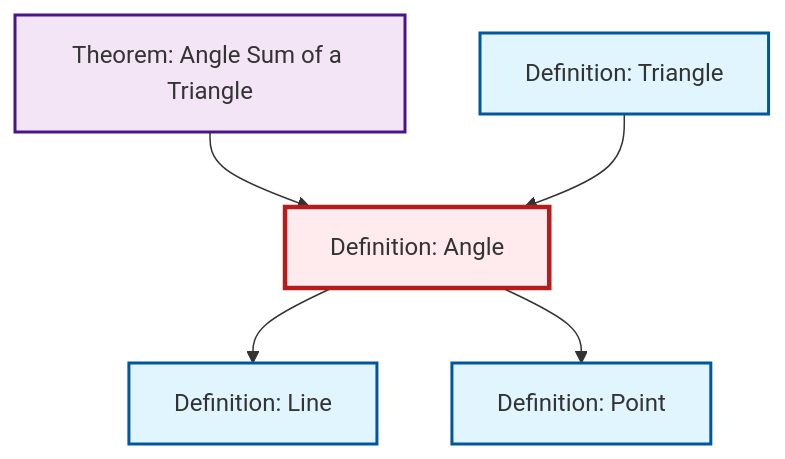
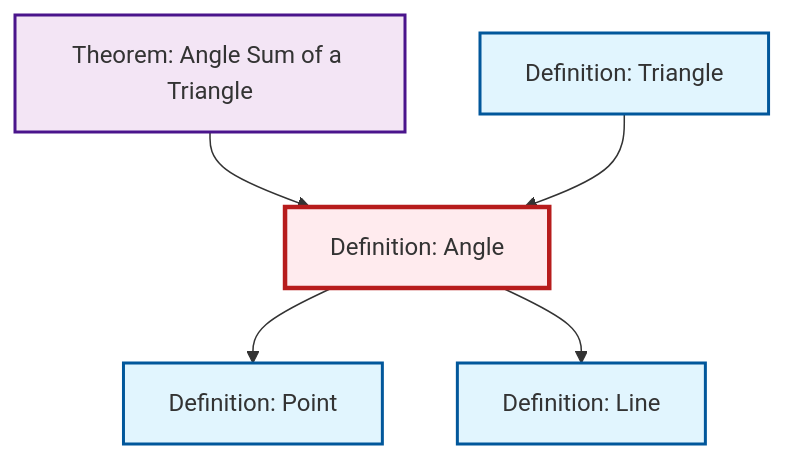
Before and after one commit to RK0429/ModernMath: the diagram in content/en/geometry/def-angle.qmd, drawn with Mermaid. The commit also changed other lines of this file and 360 other files, not shown here.

````diff
--- a/content/en/geometry/def-angle.qmd
+++ b/content/en/geometry/def-angle.qmd
@@ -49,23 +49,23 @@
 ```{mermaid}
 %%| fig-cap: "Local dependency graph"
 graph TD
     classDef definition fill:#e1f5fe,stroke:#01579b,stroke-width:2px
     classDef theorem fill:#f3e5f5,stroke:#4a148c,stroke-width:2px
     classDef axiom fill:#fff3e0,stroke:#e65100,stroke-width:2px
     classDef example fill:#e8f5e9,stroke:#1b5e20,stroke-width:2px
     classDef current fill:#ffebee,stroke:#b71c1c,stroke-width:3px
+    thm-angle-sum-triangle["Theorem: Angle Sum of a Triangle"]:::theorem
+    def-triangle["Definition: Triangle"]:::definition
+    def-angle["Definition: Angle"]:::definition
     def-point["Definition: Point"]:::definition
     def-line["Definition: Line"]:::definition
-    thm-angle-sum-triangle["Theorem: Angle Sum of a Triangle"]:::theorem
-    def-angle["Definition: Angle"]:::definition
-    def-triangle["Definition: Triangle"]:::definition
     thm-angle-sum-triangle --> def-angle
+    def-angle --> def-point
     def-triangle --> def-angle
     def-angle --> def-line
-    def-angle --> def-point
     class def-angle current
+    click thm-angle-sum-triangle "thm-angle-sum-triangle.html" "Go to Angle Sum of a Triangle theorem"
+    click def-triangle "def-triangle.html" "Go to Triangle definition"
     click def-point "def-point.html" "Go to Point definition"
     click def-line "def-line.html" "Go to Line definition"
-    click thm-angle-sum-triangle "thm-angle-sum-triangle.html" "Go to Angle Sum of a Triangle theorem"
-    click def-triangle "def-triangle.html" "Go to Triangle definition"
 ```
````
